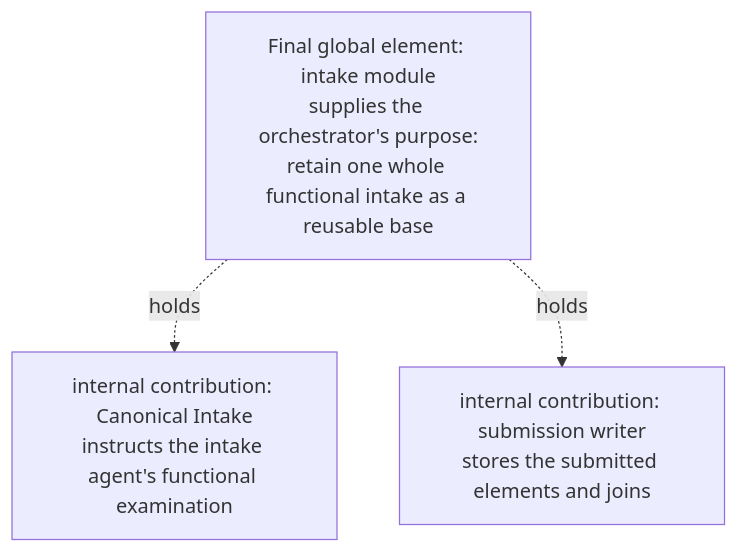
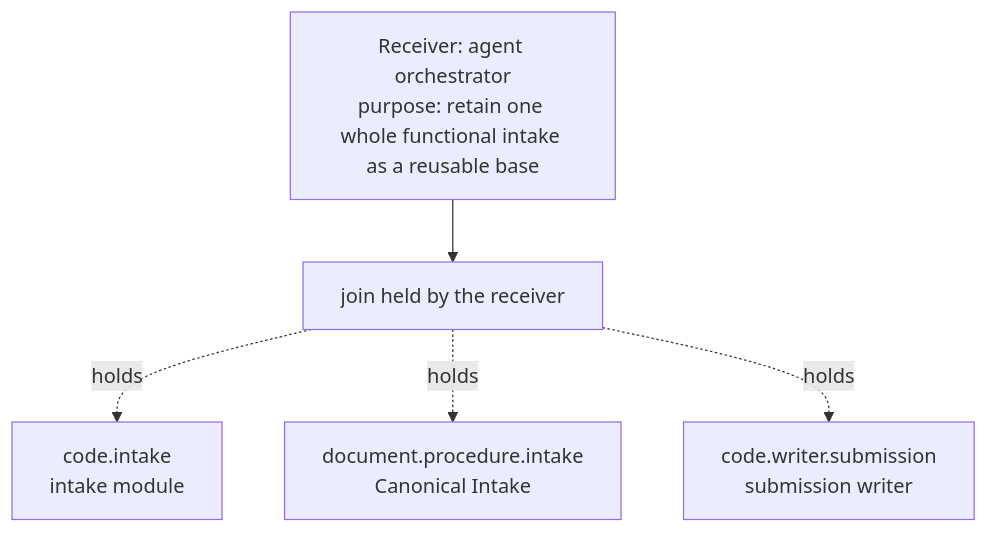
One commit to RchGrav/metaform changed the sixth of 11 diagrams in docs/inference-metaform/REFERENCE.md. Above: the diagram before and after it, drawn with Mermaid. The commit also changed other lines of this file and 87 other files, not shown here.

````diff
--- a/docs/inference-metaform/REFERENCE.md
+++ b/docs/inference-metaform/REFERENCE.md
@@ -307,8 +303,12 @@
 ```mermaid
 graph TB
-    intake["Final global element: intake module<br/>supplies the orchestrator's purpose:<br/>retain one whole functional intake as a reusable base"]
-    canonical["internal contribution: Canonical Intake<br/>instructs the intake agent's functional examination"]
-    writer["internal contribution: submission writer<br/>stores the submitted elements and joins"]
-    intake -.holds.-> canonical
-    intake -.holds.-> writer
+    receiver["Receiver: agent orchestrator<br/>purpose: retain one whole functional intake as a reusable base"]
+    join["join held by the receiver"]
+    intake["code.intake<br/>intake module"]
+    canonical["document.procedure.intake<br/>Canonical Intake"]
+    writer["code.writer.submission<br/>submission writer"]
+    receiver --> join
+    join -.holds.-> intake
+    join -.holds.-> canonical
+    join -.holds.-> writer
 ```
````
